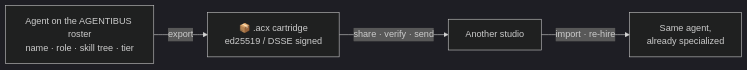
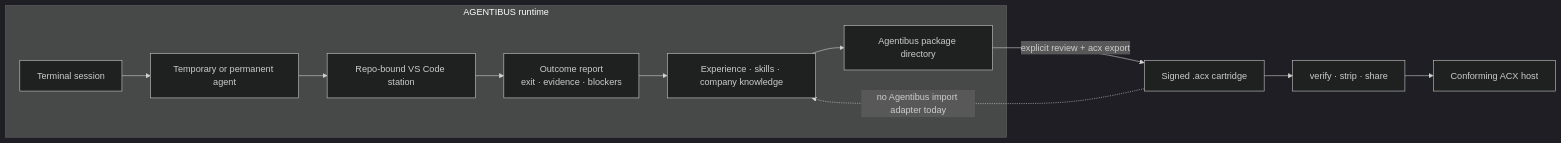
Before and after one commit to lboel/acx: the diagram in docs-site/docs/concepts/studio.md, drawn with Mermaid (dark theme). The commit also changed other lines of this file and 20 other files, not shown here.

````diff
--- a/docs-site/docs/concepts/studio.md
+++ b/docs-site/docs/concepts/studio.md
@@ -118,6 +12,16 @@
 ```mermaid
 flowchart LR
-  A["Agent on the AGENTIBUS roster<br/>name · role · skill tree · tier"] -->|export| B["📦 .acx cartridge<br/>ed25519 / DSSE signed"]
-  B -->|share · verify · send| C["Another studio"]
-  C -->|import · re-hire| D["Same agent,<br/>already specialized"]
+  subgraph AB["AGENTIBUS runtime"]
+    LIVE["Terminal session"] --> AGENT["Temporary or permanent agent"]
+    AGENT --> STATION["Repo-bound VS Code station"]
+    STATION --> OUTCOME["Outcome report<br/>exit · evidence · blockers"]
+    OUTCOME --> ROSTER["Experience · skills · company knowledge"]
+    ROSTER --> PKG["Agentibus package directory"]
+  end
+
+  PKG -->|"explicit review + acx export"| ACX["Signed .acx cartridge"]
+  ACX --> VERIFY["verify · strip · share"]
+  VERIFY --> HOST["Conforming ACX host"]
+
+  ACX -.->|"no Agentibus import adapter today"| ROSTER
 ```
````
